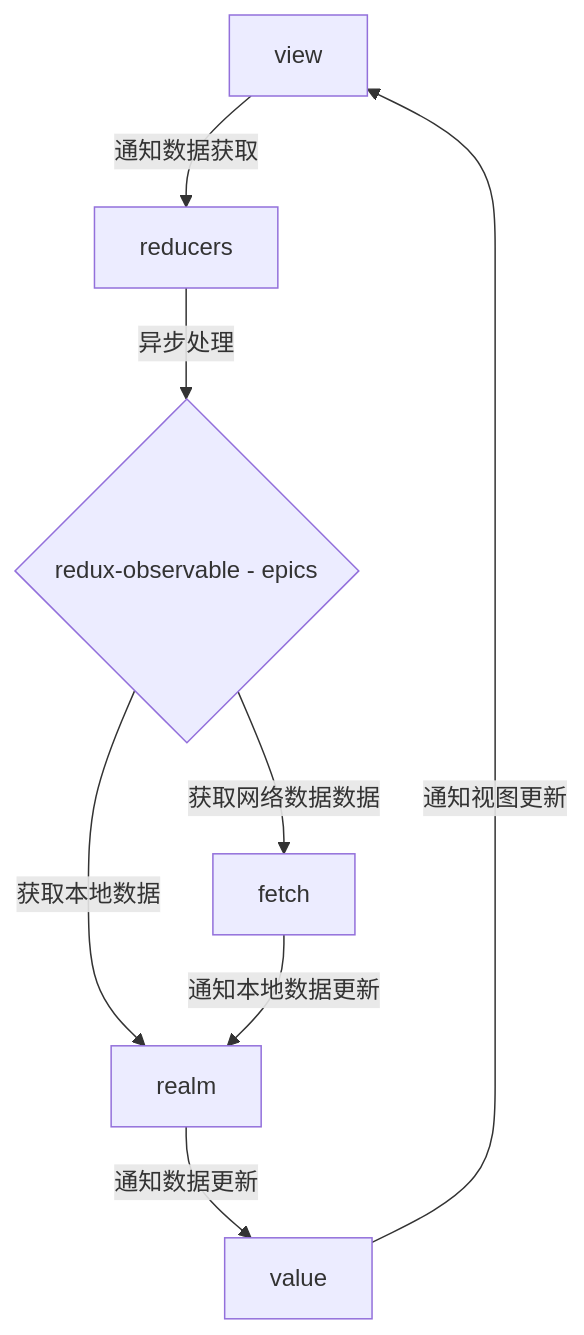
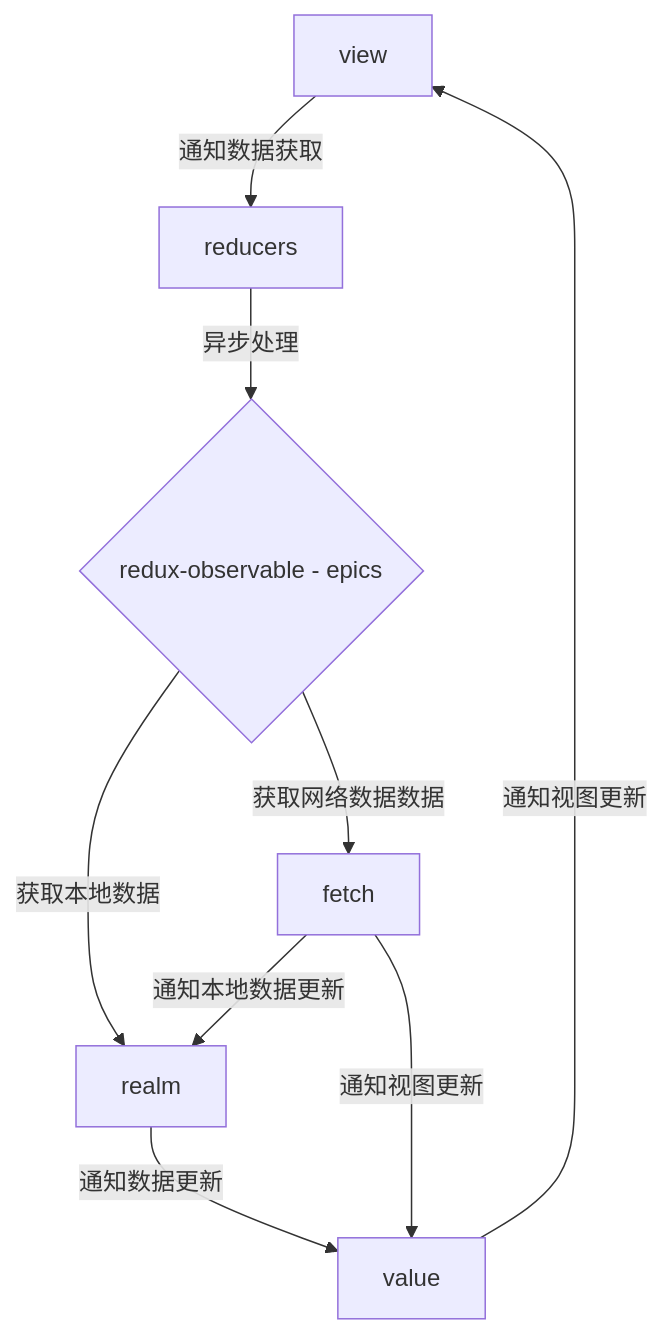
Before and after one commit to shamerKill/alpha_house: the diagram in src/data/README.md, drawn with Mermaid. The commit also changed 23 other files, not shown here.

````diff
--- a/src/data/README.md
+++ b/src/data/README.md
@@ -3,10 +3,11 @@
 ``` mermaid
 graph TD
   view -->|通知数据获取| reducers
   reducers -->|异步处理| Observable{redux-observable - epics}
   Observable -->|获取本地数据| realm
   Observable -->|获取网络数据数据| fetch
   realm -->|通知数据更新| value
   value -->|通知视图更新| view
   fetch -->|通知本地数据更新| realm
+  fetch -->|通知视图更新| value
 ```
````
